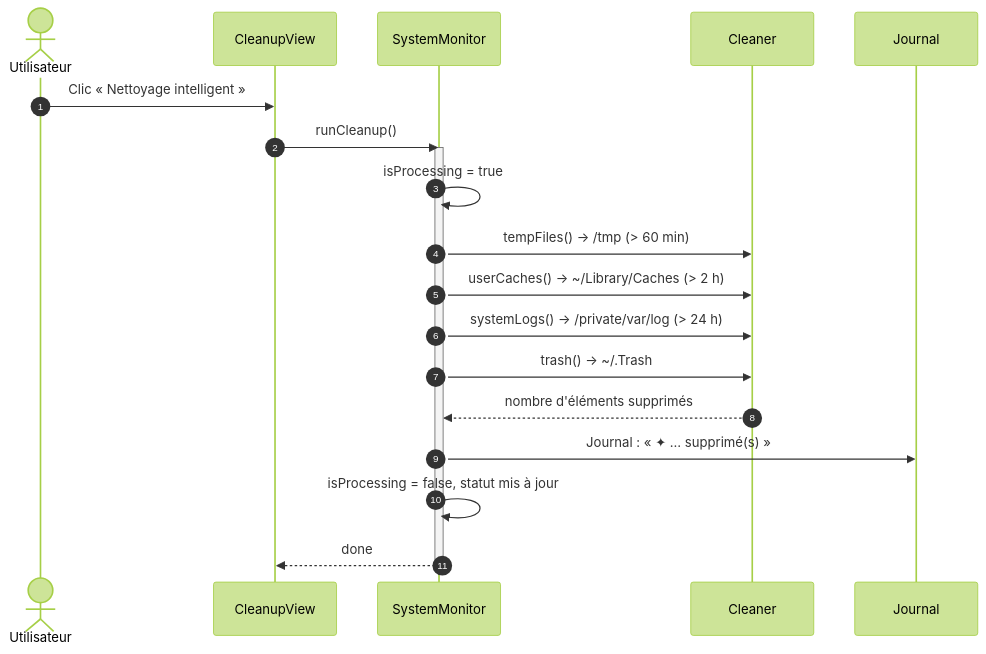
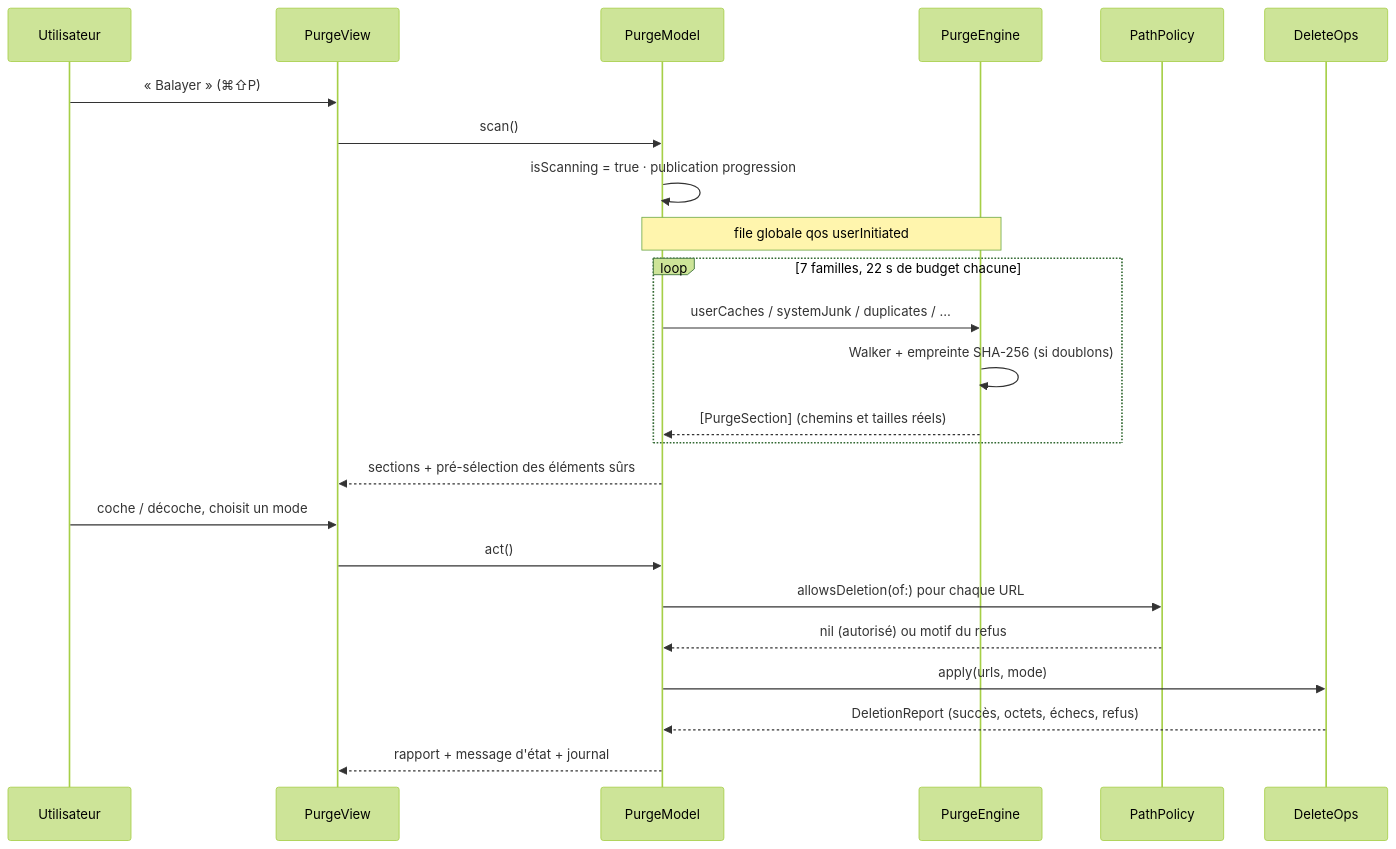
One commit to martialzinsou/MonitorMyMac changed the diagram in docs/DOCUMENTATION.md. Above: the diagram before and after it, drawn with Mermaid (forest theme). The commit also changed other lines of this file and 35 other files, not shown here.

````diff
--- a/docs/DOCUMENTATION.md
+++ b/docs/DOCUMENTATION.md
@@ -166,23 +81,27 @@
 ```mermaid
 sequenceDiagram
-    autonumber
-    actor U as Utilisateur
-    participant V as CleanupView
-    participant S as SystemMonitor
-    participant C as Cleaner
-    participant O as Journal
+    participant U as Utilisateur
+    participant V as PurgeView
+    participant M as PurgeModel
+    participant E as PurgeEngine
+    participant P as PathPolicy
+    participant D as DeleteOps
 
-    U->>V: Clic « Nettoyage intelligent »
-    V->>S: runCleanup()
-    activate S
-    S->>S: isProcessing = true
-    S->>C: tempFiles() → /tmp (> 60 min)
-    S->>C: userCaches() → ~/Library/Caches (> 2 h)
-    S->>C: systemLogs() → /private/var/log (> 24 h)
-    S->>C: trash() → ~/.Trash
-    C-->>S: nombre d'éléments supprimés
-    S->>O: Journal : « ✦ … supprimé(s) »
-    S->>S: isProcessing = false, statut mis à jour
-    S-->>V: done
-    deactivate S
+    U->>V : « Balayer » (⌘⇧P)
+    V->>M : scan()
+    M->>M : isScanning = true · publication progression
+    Note over M,E : file globale qos userInitiated
+    loop 7 familles, 22 s de budget chacune
+        M->>E : userCaches / systemJunk / duplicates / …
+        E->>E : Walker + empreinte SHA-256 (si doublons)
+        E-->>M : [PurgeSection] (chemins et tailles réels)
+    end
+    M-->>V : sections + pré-sélection des éléments sûrs
+    U->>V : coche / décoche, choisit un mode
+    V->>M : act()
+    M->>P : allowsDeletion(of:) pour chaque URL
+    P-->>M : nil (autorisé) ou motif du refus
+    M->>D : apply(urls, mode)
+    D-->>M : DeletionReport (succès, octets, échecs, refus)
+    M-->>V : rapport + message d'état + journal
 ```
````
